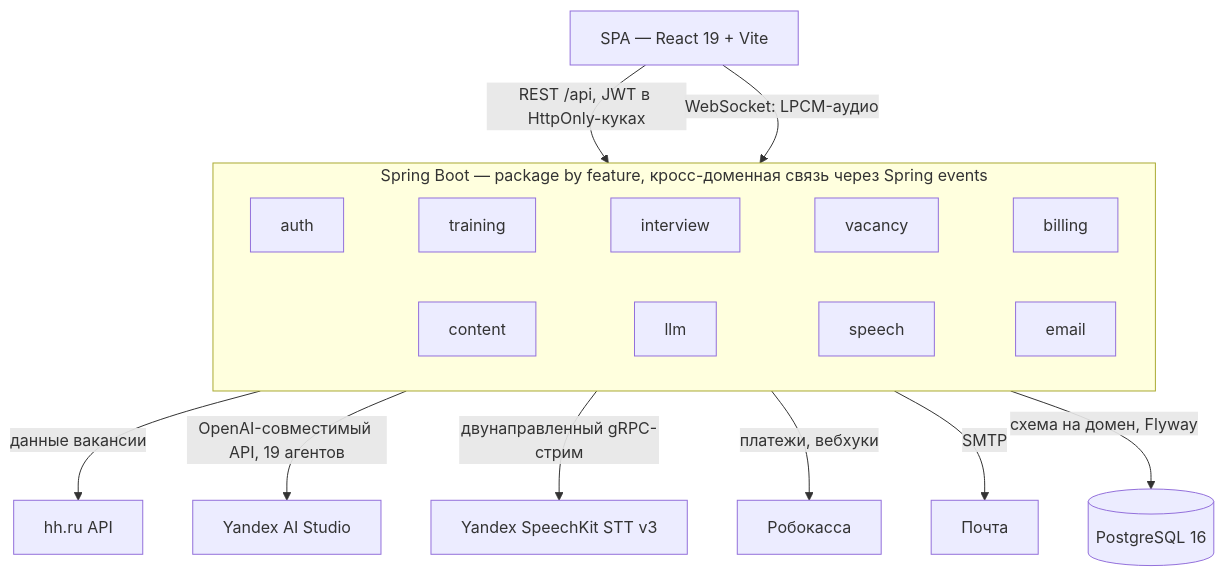
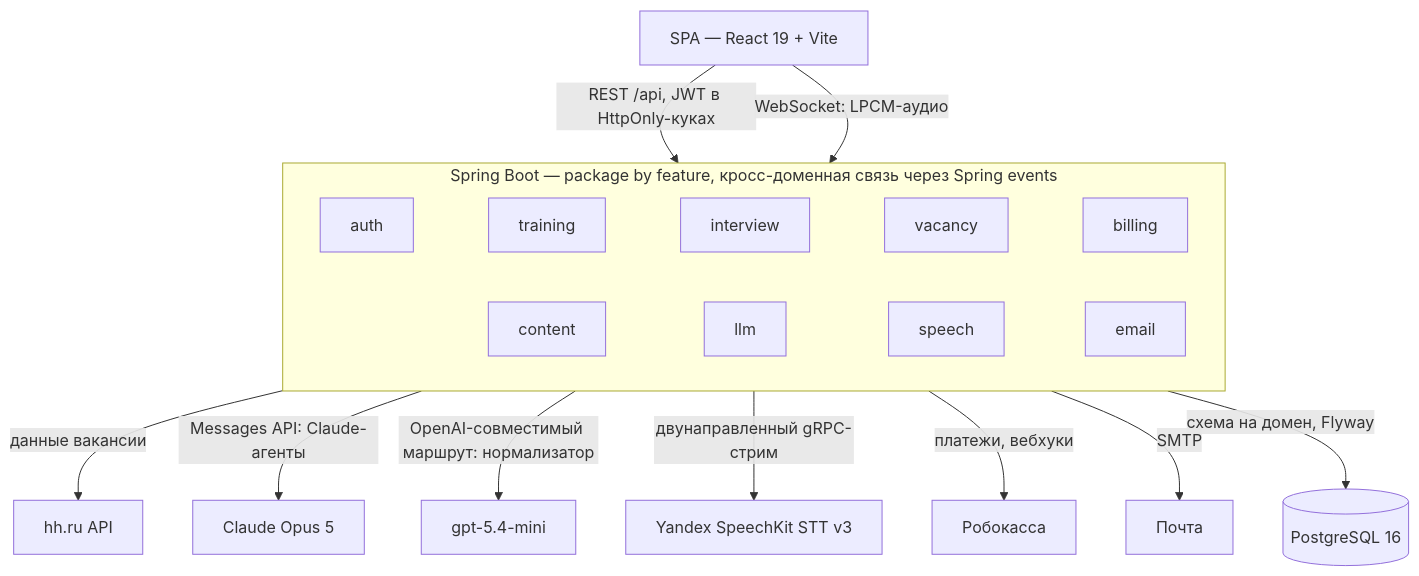
The first of 2 diagrams in README.ru.md (Alextrusk27/workbit), drawn with Mermaid before and after one commit. The commit also changed other lines of this file and 246 other files, not shown here.

Commit message:
feat(llm): migrate LLM agents from Yandex AI Studio to Claude (#58)

````diff
--- a/README.ru.md
+++ b/README.ru.md
@@ -129,19 +119,20 @@
 ```mermaid
 flowchart TB
     SPA["SPA — React 19 + Vite"]
     SPA -->|"REST /api, JWT в HttpOnly-куках"| BE
     SPA -->|"WebSocket: LPCM-аудио"| BE
 
     subgraph BE["Spring Boot — package by feature, кросс-доменная связь через Spring events"]
         direction LR
         auth ~~~ training ~~~ interview ~~~ vacancy ~~~ billing
         content ~~~ llm ~~~ speech ~~~ email
     end
 
     BE -->|"схема на домен, Flyway"| PG[("PostgreSQL 16")]
     vacancy -->|"данные вакансии"| HH["hh.ru API"]
-    llm -->|"OpenAI-совместимый API, 19 агентов"| YA["Yandex AI Studio"]
+    llm -->|"Messages API: Claude-агенты"| CL["Claude Opus 5"]
+    llm -->|"OpenAI-совместимый маршрут: нормализатор"| GPT["gpt-5.4-mini"]
     speech -->|"двунаправленный gRPC-стрим"| STT["Yandex SpeechKit STT v3"]
     billing -->|"платежи, вебхуки"| RK["Робокасса"]
     email -->|"SMTP"| MX["Почта"]
 ```
````
